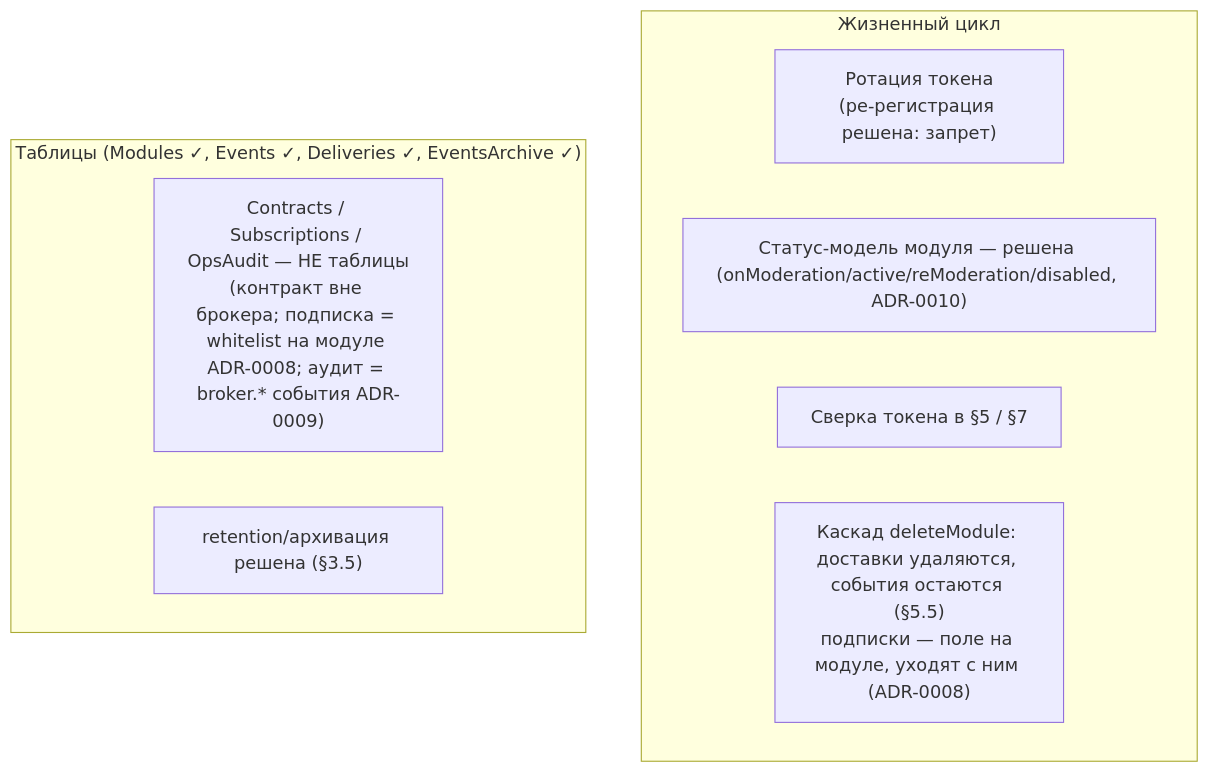
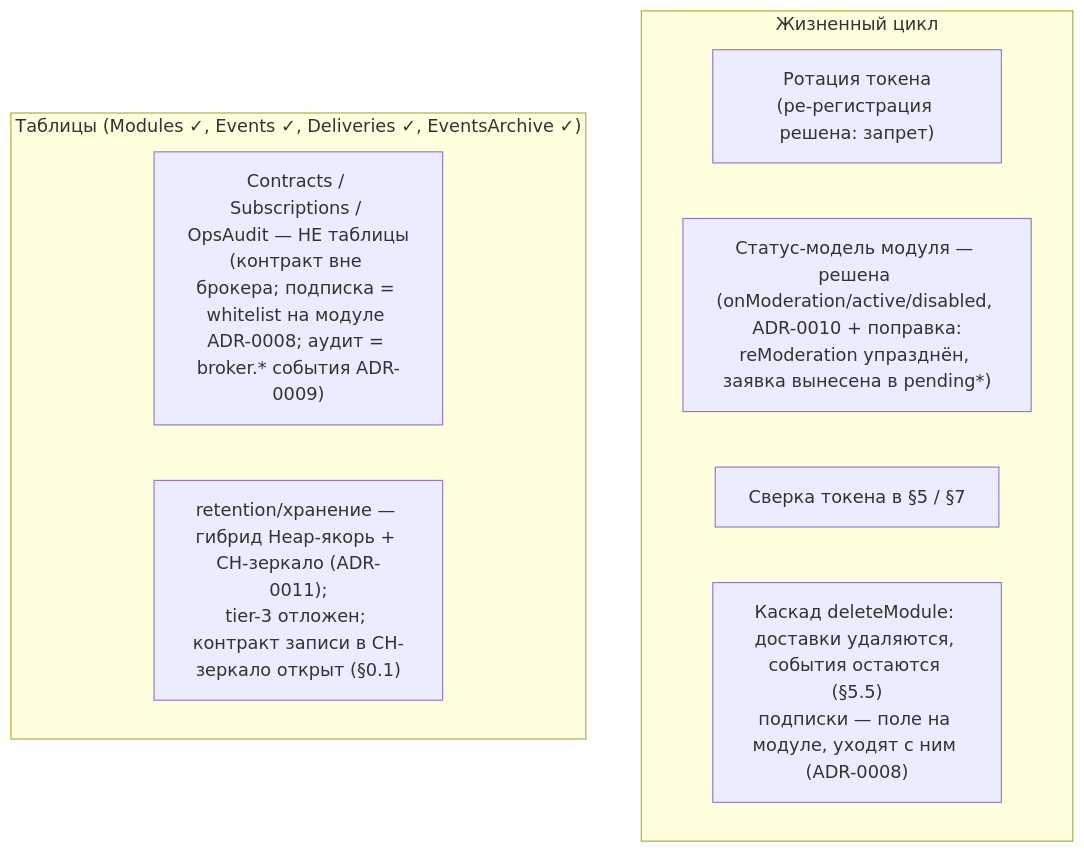
One commit to andrey-khudoley/Chatium changed the ninth of 9 diagrams in s.chtm.khudoley.pro/p/units/aley/bpm/core/docs/spec/spec-map.md. Above: the diagram before and after it, drawn with Mermaid. The commit also changed other lines of this file and 7 other files, not shown here.

````diff
--- a/s.chtm.khudoley.pro/p/units/aley/bpm/core/docs/spec/spec-map.md
+++ b/s.chtm.khudoley.pro/p/units/aley/bpm/core/docs/spec/spec-map.md
@@ -227,13 +273,13 @@
 ```mermaid
 flowchart TB
   subgraph LIFE["Жизненный цикл"]
     B1["Ротация токена<br/>(ре-регистрация решена: запрет)"]
-    B2["Статус-модель модуля — решена (onModeration/active/reModeration/disabled, ADR-0010)"]
+    B2["Статус-модель модуля — решена (onModeration/active/disabled, ADR-0010 + поправка:<br/>reModeration упразднён, заявка вынесена в pending*)"]
     B3["Сверка токена в §5 / §7"]
     B4["Каскад deleteModule: доставки удаляются, события остаются (§5.5)<br/>подписки — поле на модуле, уходят с ним (ADR-0008)"]
   end
   subgraph TBL["Таблицы (Modules ✓, Events ✓, Deliveries ✓, EventsArchive ✓)"]
     C1["Contracts / Subscriptions / OpsAudit — НЕ таблицы<br/>(контракт вне брокера; подписка = whitelist на модуле ADR-0008; аудит = broker.* события ADR-0009)"]
-    C2["retention/архивация решена (§3.5)"]
+    C2["retention/хранение — гибрид Heap-якорь + CH-зеркало (ADR-0011);<br/>tier-3 отложен; контракт записи в CH-зеркало открыт (§0.1)"]
   end
 ```
````
